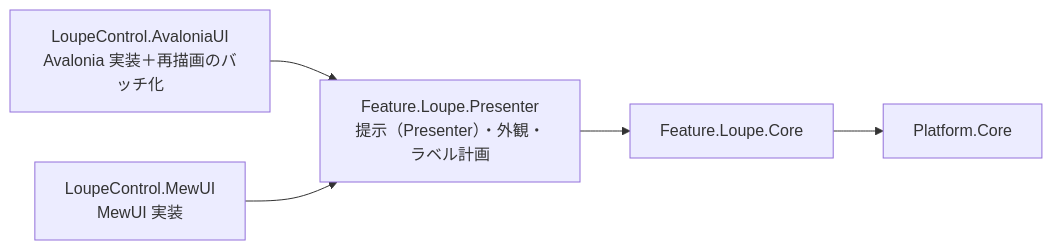
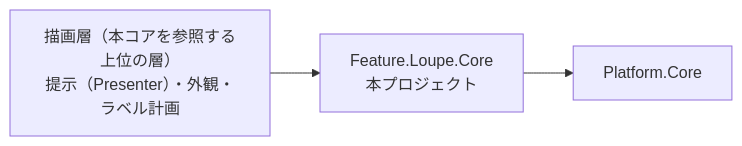
One commit to tomokuni/SaveEvidence changed the first of 2 diagrams in src/Feature.Loupe.Core/docs/SPEC_System.md. Above: the diagram before and after it, drawn with Mermaid. The commit also changed other lines of this file and 8 other files, not shown here.

First line of the commit message:
Feature.Loupe.Core のドキュメントとコメントから外部プロジェクトの記載を除く

````diff
--- a/src/Feature.Loupe.Core/docs/SPEC_System.md
+++ b/src/Feature.Loupe.Core/docs/SPEC_System.md
@@ -29,7 +29,5 @@
 ```mermaid
 graph LR
-  A[LoupeControl.AvaloniaUI<br/>Avalonia 実装＋再描画のバッチ化] --> R[Feature.Loupe.Presenter<br/>提示（Presenter）・外観・ラベル計画]
-  M[LoupeControl.MewUI<br/>MewUI 実装] --> R
-  R --> B[Feature.Loupe.Core]
+  R["描画層（本コアを参照する上位の層）<br/>提示（Presenter）・外観・ラベル計画"] --> B[Feature.Loupe.Core<br/>本プロジェクト]
   B --> D[Platform.Core]
 ```
````
